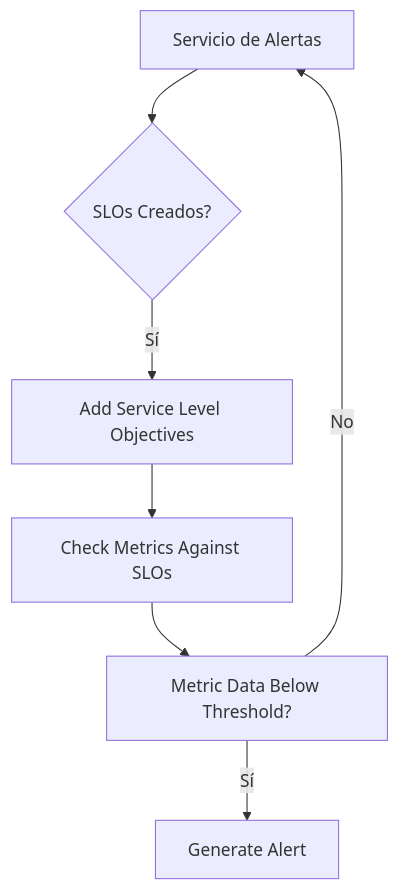
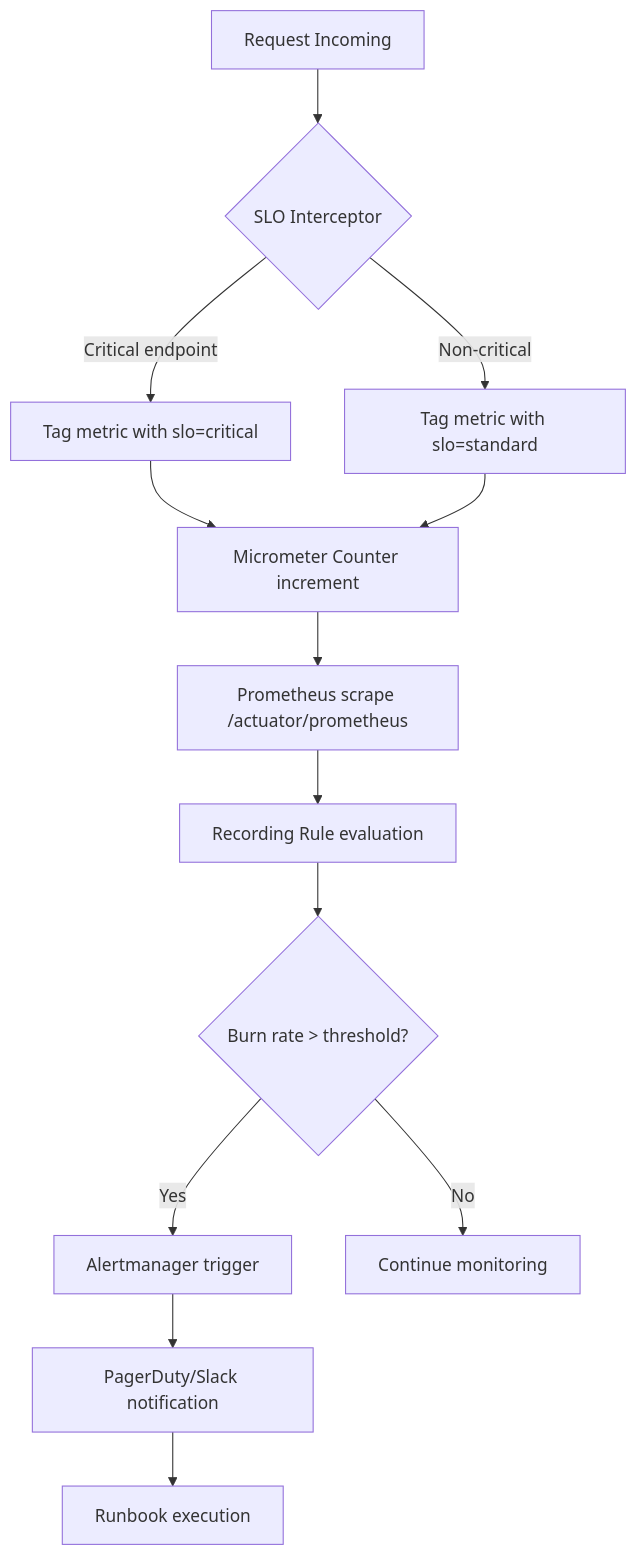
One commit to Joaquinriosheredia/DAM-Java-Mastery changed the third of 6 diagrams in _Review/alerting_efectivo_basado_en_slos/alerting_efectivo_basado_en_slos.md. Above: the diagram before and after it, drawn with Mermaid. The commit also changed other lines of this file, not shown here.

Commit message:
alerting_efectivo_basado_en_slos.md

````diff
--- a/_Review/alerting_efectivo_basado_en_slos/alerting_efectivo_basado_en_slos.md
+++ b/_Review/alerting_efectivo_basado_en_slos/alerting_efectivo_basado_en_slos.md
@@ -734,9 +339,15 @@
 ```mermaid
 graph TD
-    A[Servicio de Alertas] --> B{SLOs Creados?}
-    B -- Sí --> C[Add Service Level Objectives]
-    C --> D[Check Metrics Against SLOs]
-    D --> E[Metric Data Below Threshold?]
-    E -- Sí --> F[Generate Alert]
-    E -- No --> A
+    A[Request Incoming] --> B{SLO Interceptor}
+    B -->|Critical endpoint| C[Tag metric with slo=critical]
+    B -->|Non-critical| D[Tag metric with slo=standard]
+    C --> E[Micrometer Counter increment]
+    D --> E
+    E --> F[Prometheus scrape /actuator/prometheus]
+    F --> G[Recording Rule evaluation]
+    G --> H{Burn rate > threshold?}
+    H -->|Yes| I[Alertmanager trigger]
+    H -->|No| J[Continue monitoring]
+    I --> K[PagerDuty/Slack notification]
+    K --> L[Runbook execution]
 ```
````
